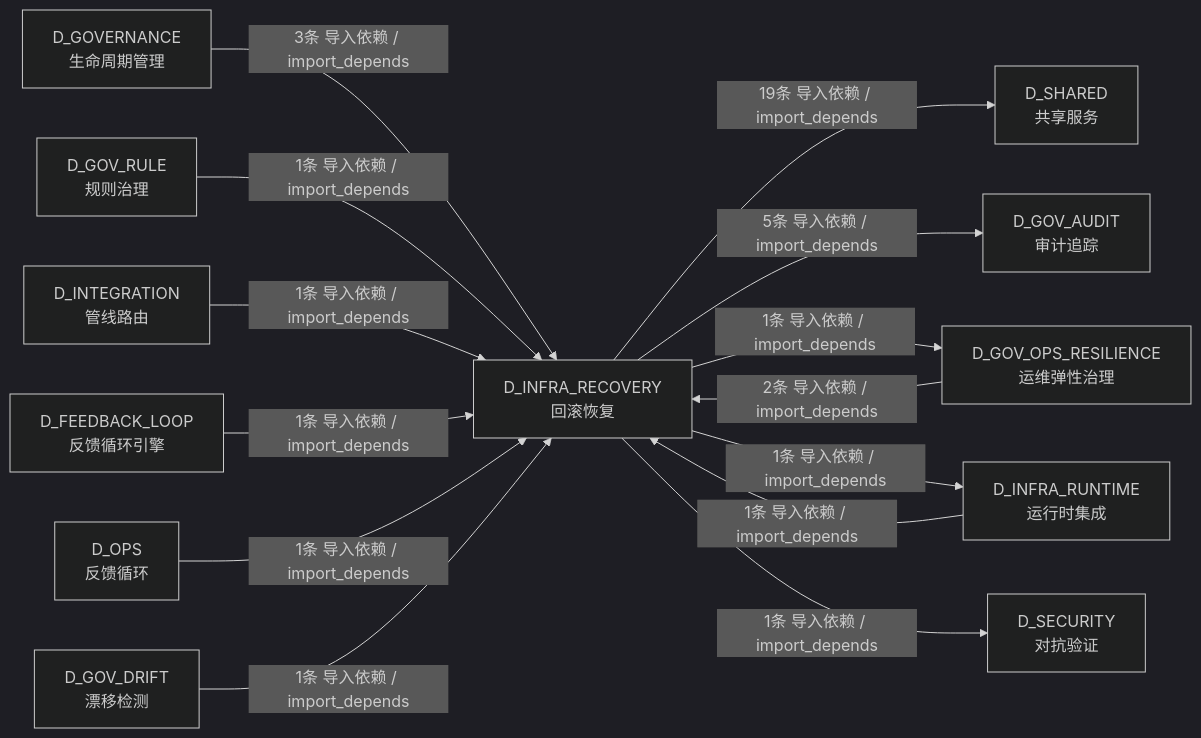
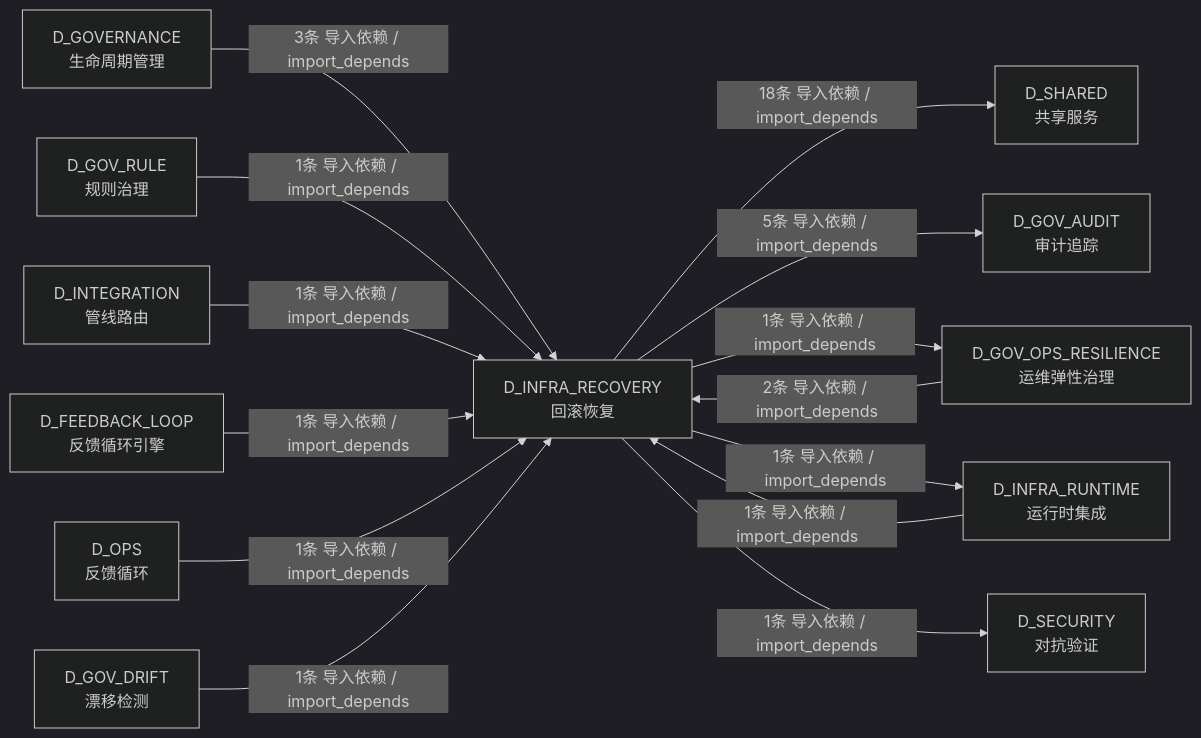
One commit to xuanFelixVan/ZephyrAlpha changed the fifth of 5 diagrams in docs/02_enterprise_architecture/02_domain_architecture_docs/03_d_infra_recovery.md. Above: the diagram before and after it, drawn with Mermaid (dark theme). The commit also changed other lines of this file and 115 other files, not shown here.

````diff
--- a/docs/02_enterprise_architecture/02_domain_architecture_docs/03_d_infra_recovery.md
+++ b/docs/02_enterprise_architecture/02_domain_architecture_docs/03_d_infra_recovery.md
@@ -456,28 +454,28 @@
 ```mermaid
 graph LR
     D_INFRA_RECOVERY["D_INFRA_RECOVERY<br/>回滚恢复"]
     D_SHARED["D_SHARED<br/>共享服务"]
     D_GOV_AUDIT["D_GOV_AUDIT<br/>审计追踪"]
     D_GOV_OPS_RESILIENCE["D_GOV_OPS_RESILIENCE<br/>运维弹性治理"]
     D_INFRA_RUNTIME["D_INFRA_RUNTIME<br/>运行时集成"]
     D_SECURITY["D_SECURITY<br/>对抗验证"]
     D_GOVERNANCE["D_GOVERNANCE<br/>生命周期管理"]
     D_GOV_RULE["D_GOV_RULE<br/>规则治理"]
     D_INTEGRATION["D_INTEGRATION<br/>管线路由"]
     D_FEEDBACK_LOOP["D_FEEDBACK_LOOP<br/>反馈循环引擎"]
     D_OPS["D_OPS<br/>反馈循环"]
     D_GOV_DRIFT["D_GOV_DRIFT<br/>漂移检测"]
-    D_INFRA_RECOVERY -->|19条 导入依赖 / import_depends| D_SHARED
+    D_INFRA_RECOVERY -->|18条 导入依赖 / import_depends| D_SHARED
     D_INFRA_RECOVERY -->|5条 导入依赖 / import_depends| D_GOV_AUDIT
     D_INFRA_RECOVERY -->|1条 导入依赖 / import_depends| D_GOV_OPS_RESILIENCE
     D_INFRA_RECOVERY -->|1条 导入依赖 / import_depends| D_INFRA_RUNTIME
     D_INFRA_RECOVERY -->|1条 导入依赖 / import_depends| D_SECURITY
     D_GOVERNANCE -->|3条 导入依赖 / import_depends| D_INFRA_RECOVERY
     D_GOV_OPS_RESILIENCE -->|2条 导入依赖 / import_depends| D_INFRA_RECOVERY
     D_GOV_RULE -->|1条 导入依赖 / import_depends| D_INFRA_RECOVERY
     D_INFRA_RUNTIME -->|1条 导入依赖 / import_depends| D_INFRA_RECOVERY
     D_INTEGRATION -->|1条 导入依赖 / import_depends| D_INFRA_RECOVERY
     D_FEEDBACK_LOOP -->|1条 导入依赖 / import_depends| D_INFRA_RECOVERY
     D_OPS -->|1条 导入依赖 / import_depends| D_INFRA_RECOVERY
     D_GOV_DRIFT -->|1条 导入依赖 / import_depends| D_INFRA_RECOVERY
 ```
````
